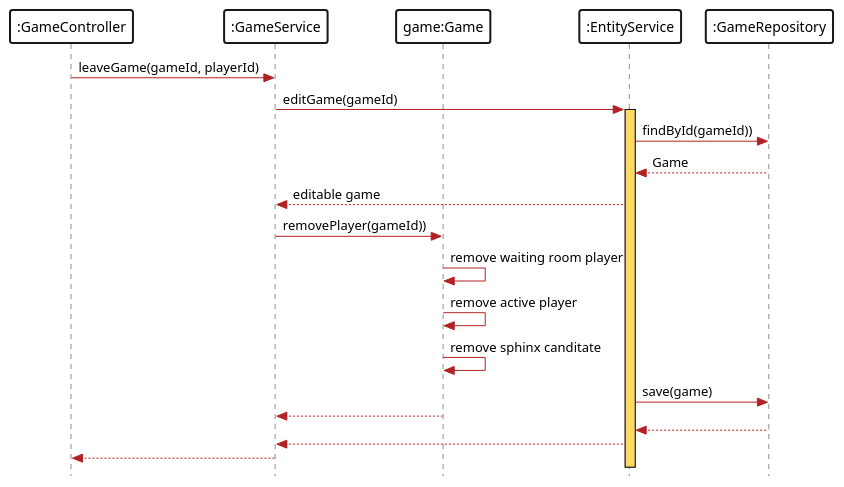
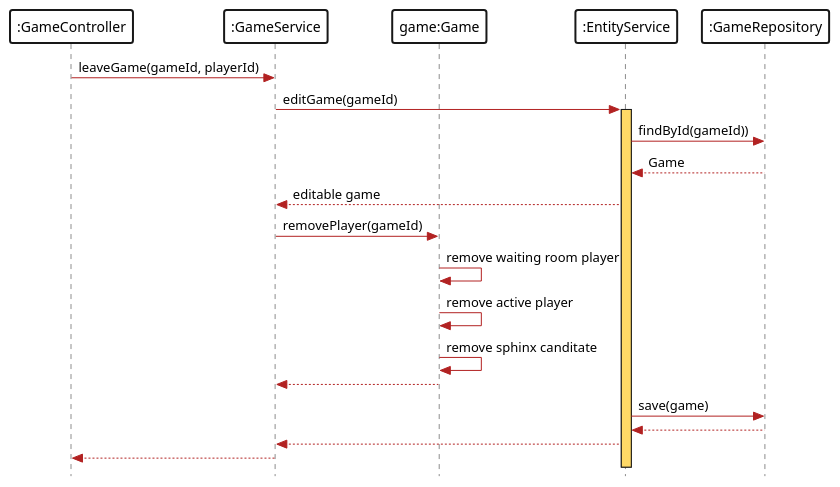
The diagram in docs/diagrams/SSD_leave_game.plantuml (patrickwinti/worldwidewalter), drawn with PlantUML before and after one commit. The commit also changed 1 other file, not shown here.

Commit message:
[WWW-59] fixes uml

```diff
--- a/docs/diagrams/SSD_leave_game.plantuml
+++ b/docs/diagrams/SSD_leave_game.plantuml
@@ -1,44 +1,44 @@
 @startuml
 skinparam sequence {
     BackgroundColor white
     BorderColor Black
     ArrowColor Firebrick
     BorderThickness 2
     LifeLineBackgroundColor #FFD966
 
 }
 skinparam Note{
     BorderColor #FFD966
     BackgroundColor #FFD966
 }
 skinparam participant {
     BackgroundColor white
     BorderThickness 2
 }
 skinparam responseMessageBelowArrow true
 skinparam style strictuml
 
 participant ":GameController" as gc
 participant ":GameService" as gs
 participant "game:Game" as game
 participant ":EntityService" as ges
 participant ":GameRepository" as gr
 
 gc -> gs: leaveGame(gameId, playerId)
 gs -> ges: editGame(gameId)
 activate ges
 ges -> gr : findById(gameId))
 gr  --> ges: Game
 ges --> gs: editable game
-gs -> game: removePlayer(gameId))
+gs -> game: removePlayer(gameId)
 game ->game: remove waiting room player
 game ->game: remove active player
 game ->game: remove sphinx canditate
+game --> gs
 ges -> gr : save(game)
-game --> gs
 gr --> ges
 ges --> gs
 gs --> gc
 
 
 @enduml
```
